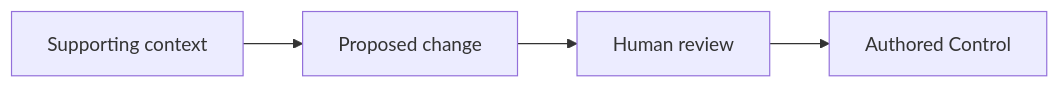
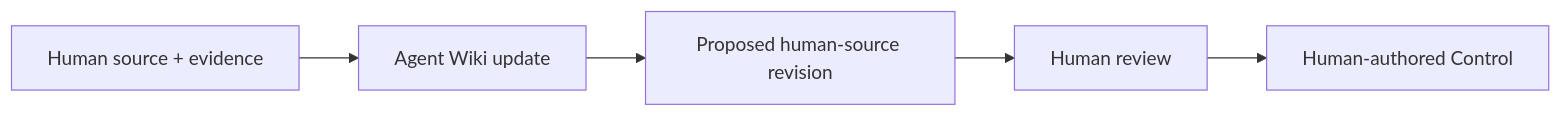
One commit to EpiLogos/Central changed the diagram in docs/CONTROL-CONTENT-PROTOCOL.md. Above: the diagram before and after it, drawn with Mermaid. The commit also changed other lines of this file and 3 other files, not shown here.

````diff
--- a/docs/CONTROL-CONTENT-PROTOCOL.md
+++ b/docs/CONTROL-CONTENT-PROTOCOL.md
@@ -296,8 +349,10 @@
 ```mermaid
 flowchart LR
-    E[Supporting context]
-    P[Proposed change]
+    S[Human source + evidence]
+    W[Agent Wiki update]
+    P[Proposed human-source revision]
     H[Human review]
-    C[Authored Control]
-    E --> P --> H --> C
+    C[Human-authored Control]
+    S --> W
+    W --> P --> H --> C
 ```
````
